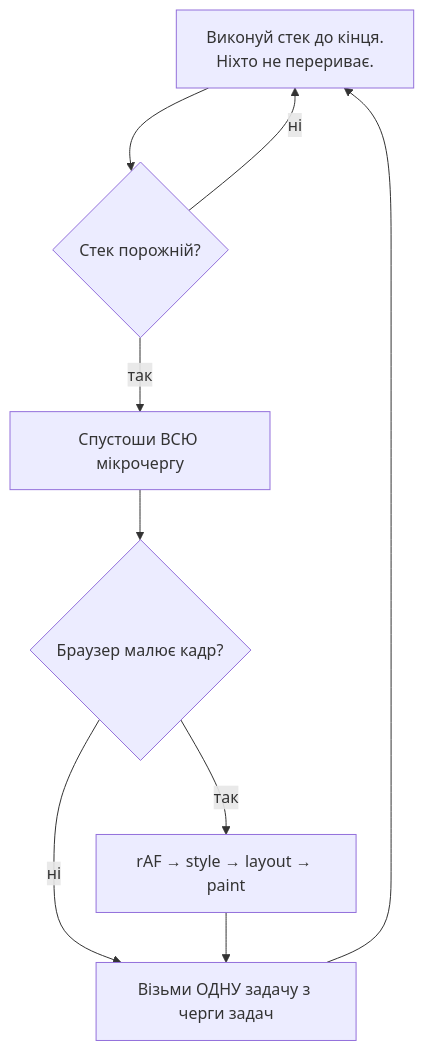
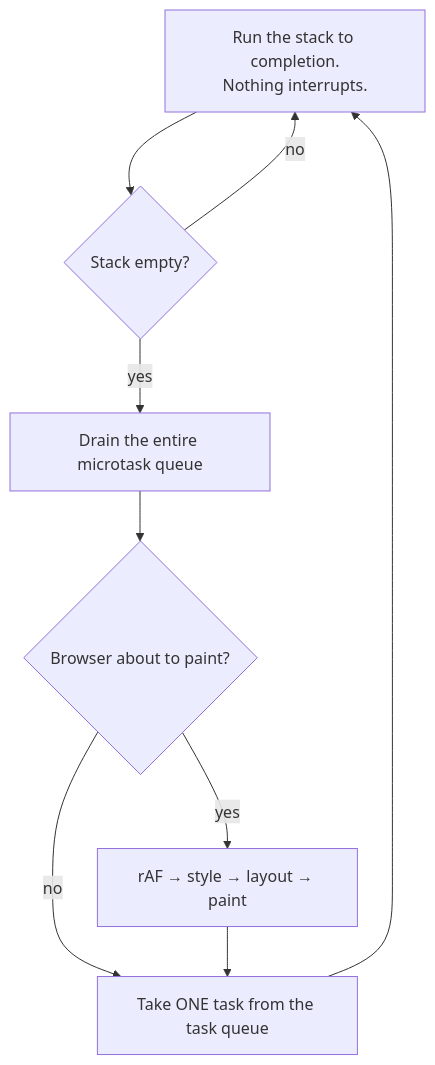
One commit to ReallyPablo/Programming-Practice-Projects changed the second of 4 diagrams in courses/javascript/lab-01-event-loop-and-game-loop.notes.md. Above: the diagram before and after it, drawn with Mermaid. The commit also changed other lines of this file and 7 other files, not shown here.

First line of the commit message:
Add English mermaid diagrams across JS lab notes.

````diff
--- a/courses/javascript/lab-01-event-loop-and-game-loop.notes.md
+++ b/courses/javascript/lab-01-event-loop-and-game-loop.notes.md
@@ -53,12 +53,12 @@
 ```mermaid
 flowchart TD
-  Run["Виконуй стек до кінця.<br/>Ніхто не перериває."]
-  Run --> Empty{"Стек порожній?"}
-  Empty -->|"ні"| Run
-  Empty -->|"так"| Drain["Спустоши ВСЮ мікрочергу"]
-  Drain --> Paint{"Браузер малює кадр?"}
-  Paint -->|"так"| RAF["rAF → style → layout → paint"]
-  Paint -->|"ні"| One
-  RAF --> One["Візьми ОДНУ задачу з черги задач"]
+  Run["Run the stack to completion.<br/>Nothing interrupts."]
+  Run --> Empty{"Stack empty?"}
+  Empty -->|"no"| Run
+  Empty -->|"yes"| Drain["Drain the entire microtask queue"]
+  Drain --> Paint{"Browser about to paint?"}
+  Paint -->|"yes"| RAF["rAF → style → layout → paint"]
+  Paint -->|"no"| One
+  RAF --> One["Take ONE task from the task queue"]
   One --> Run
 ```
````
